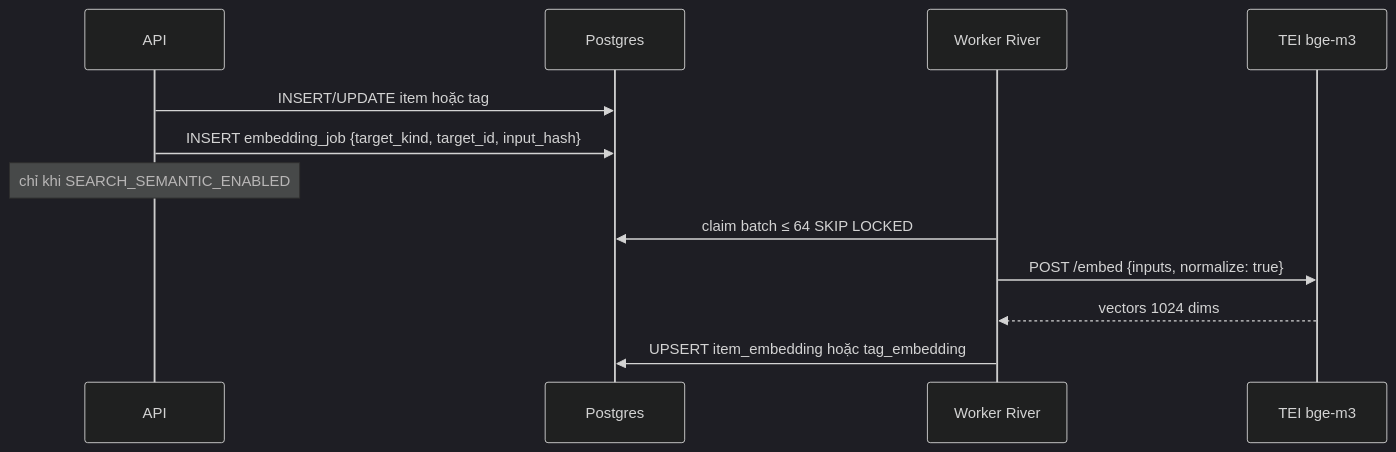
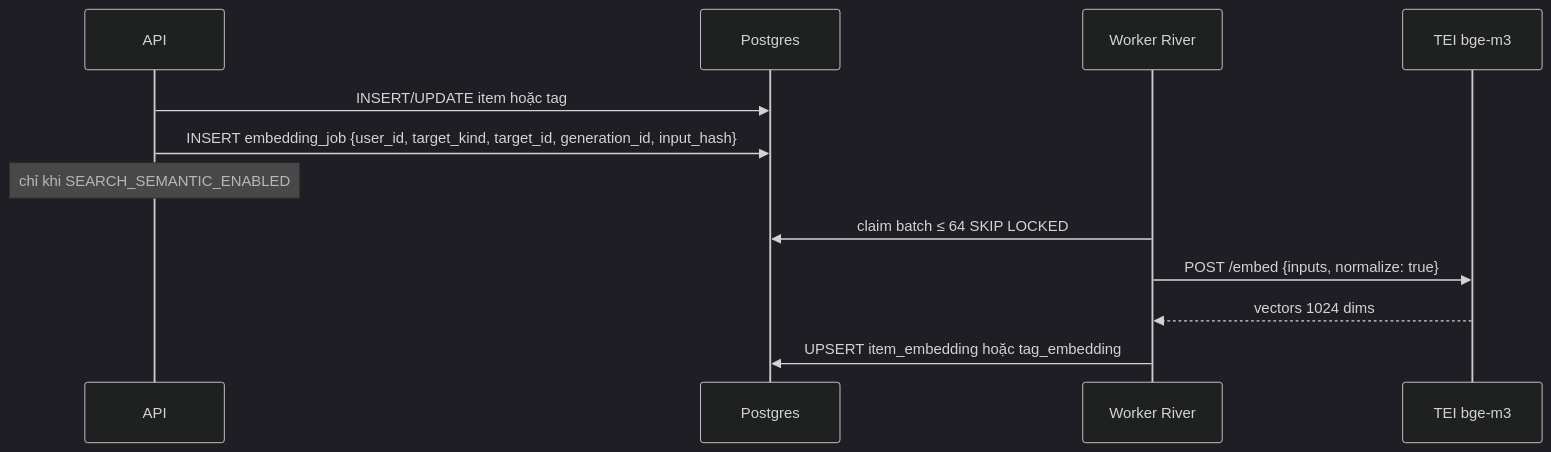
One commit to zone17th/engram changed the fifth of 5 diagrams in docs/SPEC.md. Above: the diagram before and after it, drawn with Mermaid (dark theme). The commit also changed other lines of this file and 1 other file, not shown here.

````diff
--- a/docs/SPEC.md
+++ b/docs/SPEC.md
@@ -899,14 +918,14 @@
 ```mermaid
 sequenceDiagram
     participant A as API
     participant DB as Postgres
     participant W as Worker River
     participant T as TEI bge-m3
     A->>DB: INSERT/UPDATE item hoặc tag
-    A->>DB: INSERT embedding_job {target_kind, target_id, input_hash}
+    A->>DB: INSERT embedding_job {user_id, target_kind, target_id, generation_id, input_hash}
     Note over A: chỉ khi SEARCH_SEMANTIC_ENABLED
     W->>DB: claim batch ≤ 64 SKIP LOCKED
     W->>T: POST /embed {inputs, normalize: true}
     T-->>W: vectors 1024 dims
     W->>DB: UPSERT item_embedding hoặc tag_embedding
 ```
````
